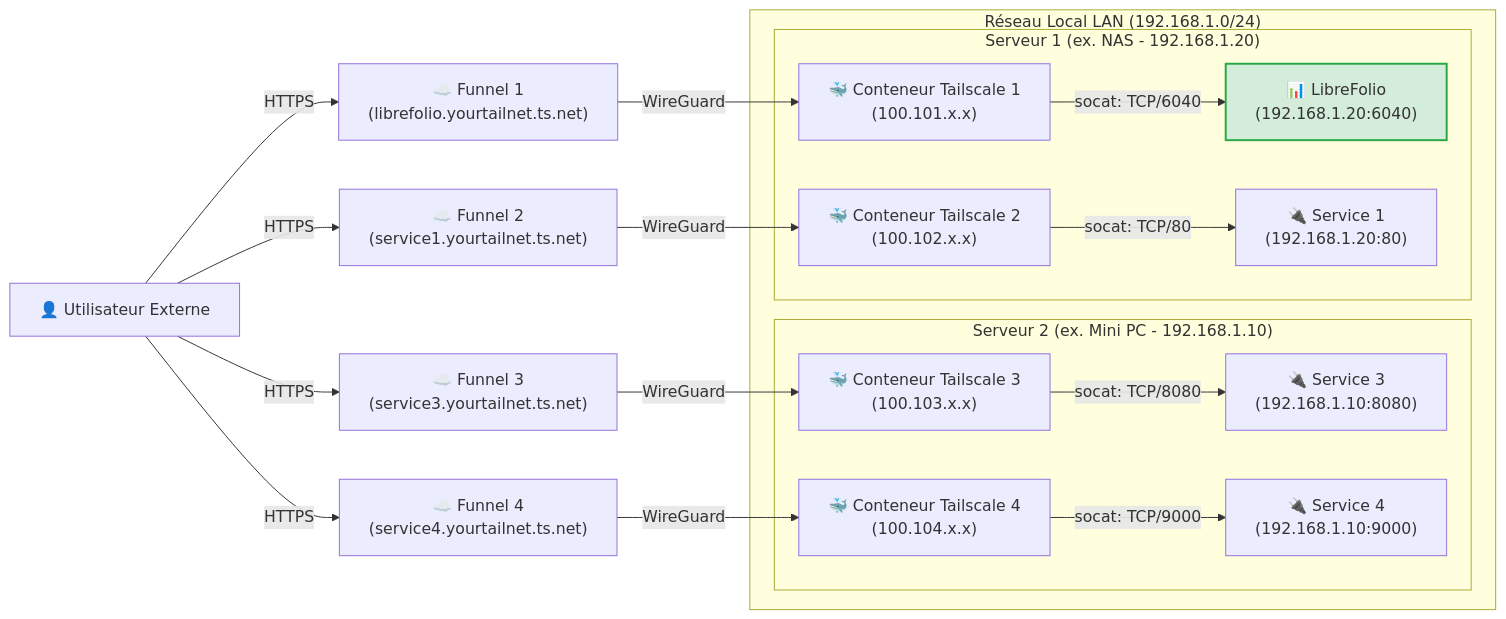
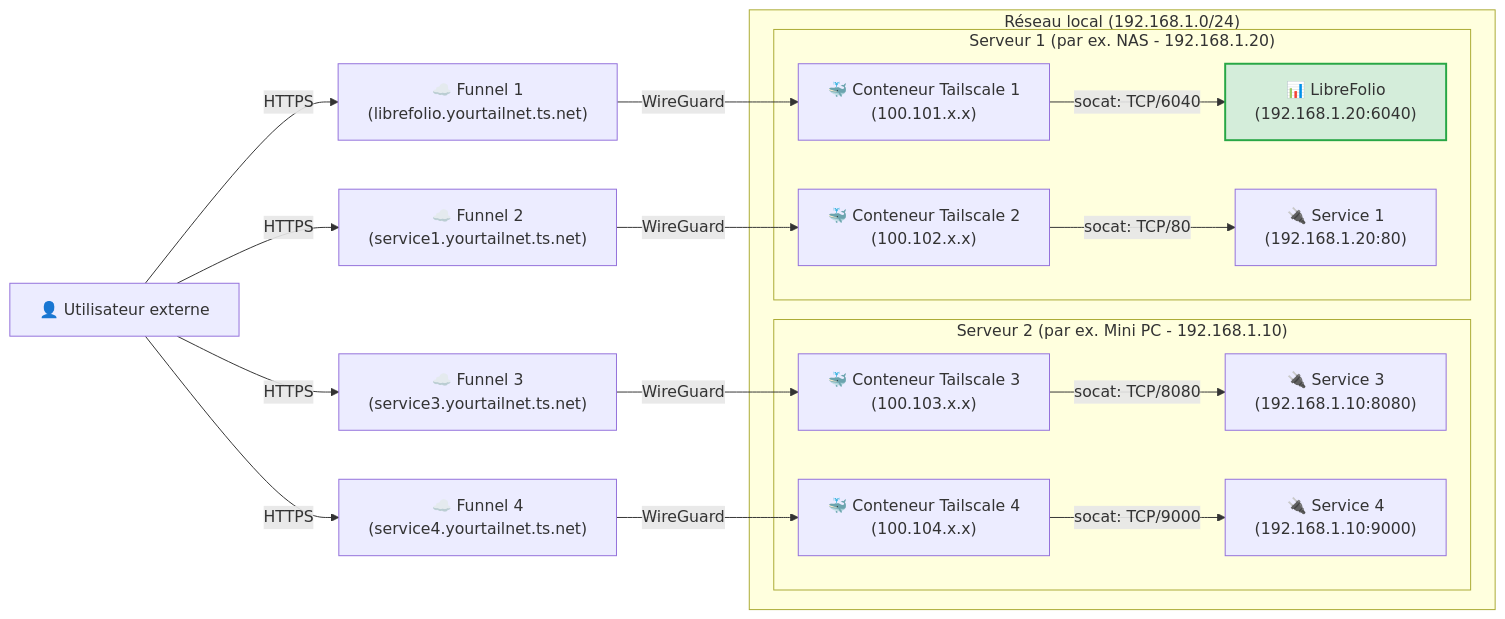
One commit to Librefolio/LibreFolio changed the fifth of 5 diagrams in mkdocs_src/docs/admin/service_exposure.fr.md. Above: the diagram before and after it, drawn with Mermaid. The commit also changed other lines of this file and 430 other files, not shown here.

````diff
--- a/mkdocs_src/docs/admin/service_exposure.fr.md
+++ b/mkdocs_src/docs/admin/service_exposure.fr.md
@@ -377,24 +318,24 @@
 ```mermaid
 graph LR
- User["👤 Utilisateur Externe"] -->|HTTPS| Funnel1["☁️ Funnel 1<br>(librefolio.yourtailnet.ts.net)"]
- User -->|HTTPS| Funnel2["☁️ Funnel 2<br>(service1.yourtailnet.ts.net)"]
- User -->|HTTPS| Funnel3["☁️ Funnel 3<br>(service3.yourtailnet.ts.net)"]
- User -->|HTTPS| Funnel4["☁️ Funnel 4<br>(service4.yourtailnet.ts.net)"]
- 
- Funnel1 -->|WireGuard| TSC1["🐳 Conteneur Tailscale 1<br>(100.101.x.x)"]
- Funnel2 -->|WireGuard| TSC2["🐳 Conteneur Tailscale 2<br>(100.102.x.x)"]
- Funnel3 -->|WireGuard| TSC3["🐳 Conteneur Tailscale 3<br>(100.103.x.x)"]
- Funnel4 -->|WireGuard| TSC4["🐳 Conteneur Tailscale 4<br>(100.104.x.x)"]
- 
- subgraph LAN ["Réseau Local LAN (192.168.1.0/24)"]
- subgraph Host2 ["Serveur 2 (ex. Mini PC - 192.168.1.10)"]
- TSC3 -->|socat: TCP/8080| Service3["🔌 Service 3<br>(192.168.1.10:8080)"]
- TSC4 -->|socat: TCP/9000| Service4["🔌 Service 4<br>(192.168.1.10:9000)"]
- end
- subgraph Host1 ["Serveur 1 (ex. NAS - 192.168.1.20)"]
- TSC1 -->|socat: TCP/6040| LibreFolio["📊 LibreFolio<br>(192.168.1.20:6040)"]
- TSC2 -->|socat: TCP/80| Service1["🔌 Service 1<br>(192.168.1.20:80)"]
- end
- end
- style LibreFolio fill:#d4edda,stroke:#28a745,stroke-width:2px;
+    User["👤 Utilisateur externe"] -->|HTTPS| Funnel1["☁️ Funnel 1<br>(librefolio.yourtailnet.ts.net)"]
+    User -->|HTTPS| Funnel2["☁️ Funnel 2<br>(service1.yourtailnet.ts.net)"]
+    User -->|HTTPS| Funnel3["☁️ Funnel 3<br>(service3.yourtailnet.ts.net)"]
+    User -->|HTTPS| Funnel4["☁️ Funnel 4<br>(service4.yourtailnet.ts.net)"]
+
+    Funnel1 -->|WireGuard| TSC1["🐳 Conteneur Tailscale 1<br>(100.101.x.x)"]
+    Funnel2 -->|WireGuard| TSC2["🐳 Conteneur Tailscale 2<br>(100.102.x.x)"]
+    Funnel3 -->|WireGuard| TSC3["🐳 Conteneur Tailscale 3<br>(100.103.x.x)"]
+    Funnel4 -->|WireGuard| TSC4["🐳 Conteneur Tailscale 4<br>(100.104.x.x)"]
+
+    subgraph LAN ["Réseau local (192.168.1.0/24)"]
+        subgraph Host2 ["Serveur 2 (par ex. Mini PC - 192.168.1.10)"]
+            TSC3 -->|socat: TCP/8080| Service3["🔌 Service 3<br>(192.168.1.10:8080)"]
+            TSC4 -->|socat: TCP/9000| Service4["🔌 Service 4<br>(192.168.1.10:9000)"]
+        end
+        subgraph Host1 ["Serveur 1 (par ex. NAS - 192.168.1.20)"]
+            TSC1 -->|socat: TCP/6040| LibreFolio["📊 LibreFolio<br>(192.168.1.20:6040)"]
+            TSC2 -->|socat: TCP/80| Service1["🔌 Service 1<br>(192.168.1.20:80)"]
+        end
+    end
+    style LibreFolio fill:#d4edda,stroke:#28a745,stroke-width:2px;
 ```
````
